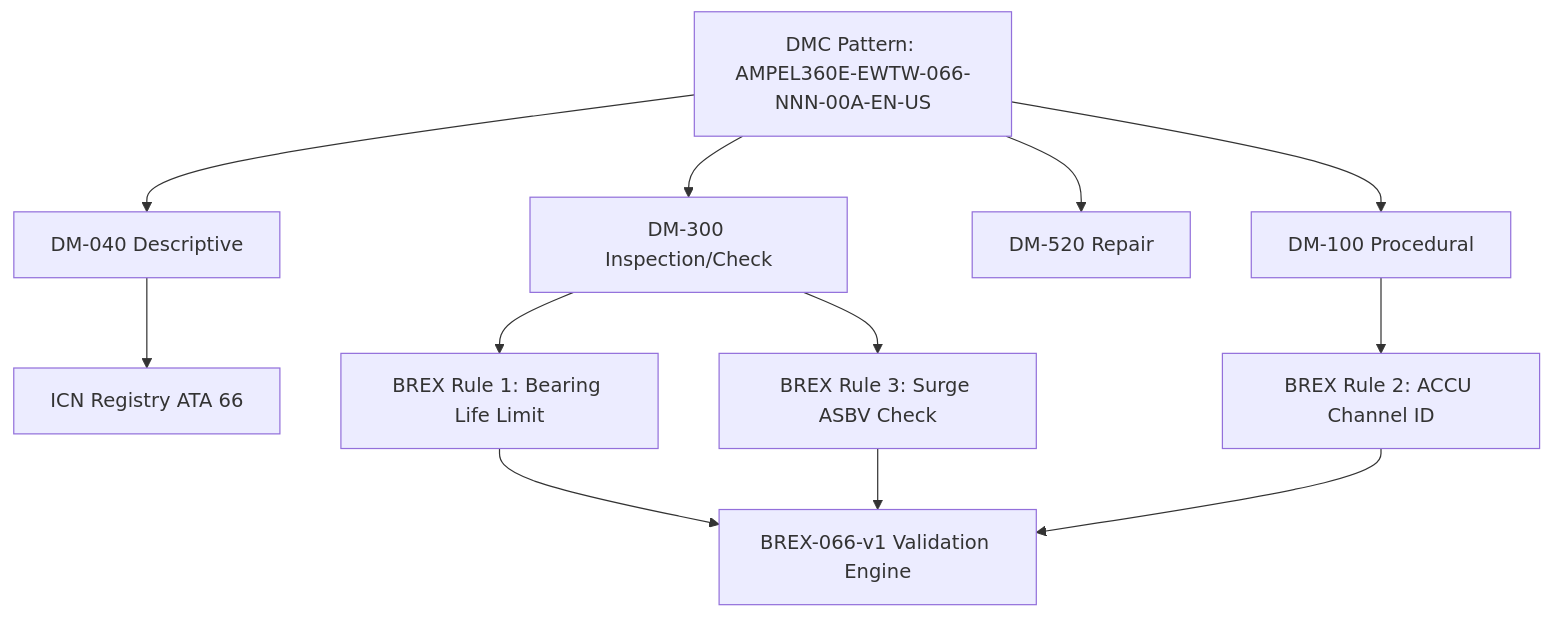
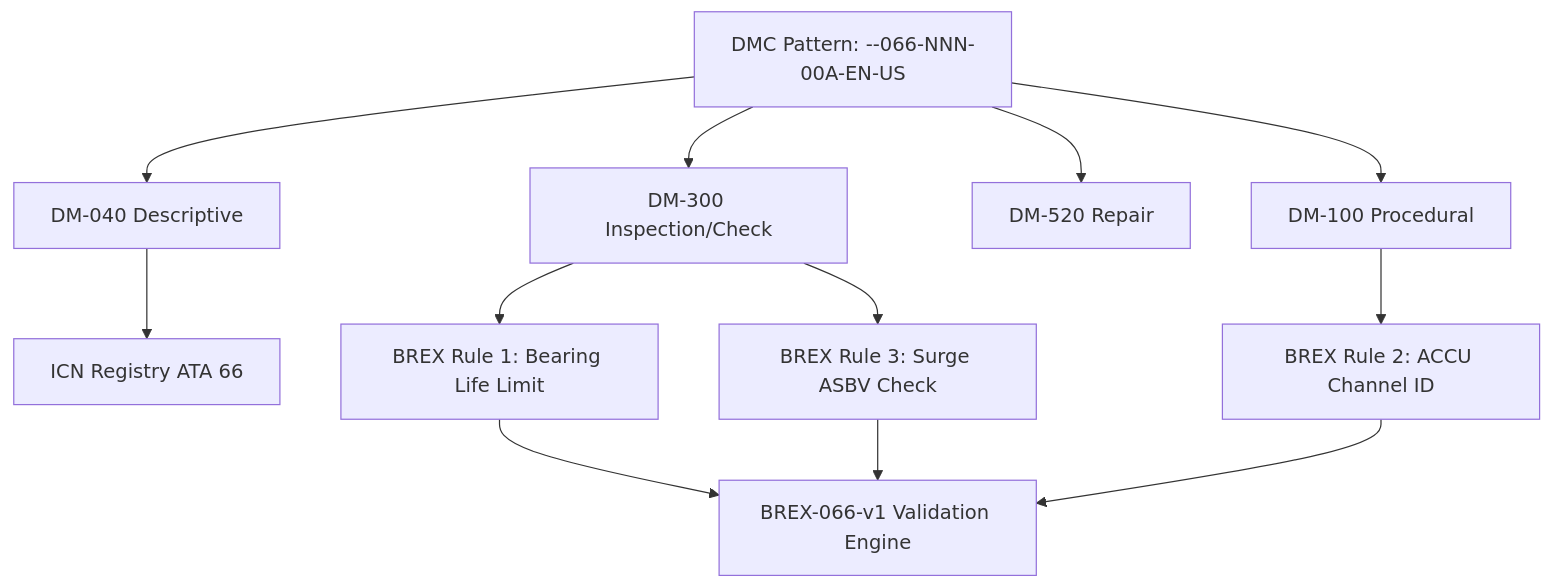
Before and after one commit to AmedeoPelliccia/Qplus-For-All-Queer-People-and-Quantum: the second of 2 diagrams in Q+ATLANTIDE/000-099_ATLAS/060-069_Propulsion-Tradicional/066_Air-Compressor/066-090-S1000D-CSDB-Mapping-and-Traceability.md, drawn with Mermaid. The commit also changed other lines of this file and 51 other files, not shown here.

First line of the commit message:
Generalize all 52 ATLAS S1000D-CSDB mapping files: remove AMPEL360E/eWTW/Programmes_example references, add scope: agnostic-standard, use generic DMC placeholders

````diff
--- a/Q+ATLANTIDE/000-099_ATLAS/060-069_Propulsion-Tradicional/066_Air-Compressor/066-090-S1000D-CSDB-Mapping-and-Traceability.md
+++ b/Q+ATLANTIDE/000-099_ATLAS/060-069_Propulsion-Tradicional/066_Air-Compressor/066-090-S1000D-CSDB-Mapping-and-Traceability.md
@@ -103,12 +104,12 @@
 ```mermaid
 flowchart TB
-    DMC_PATTERN["DMC Pattern: AMPEL360E-EWTW-066-NNN-00A-EN-US"] --> DM_040[DM-040 Descriptive]
+    DMC_PATTERN["DMC Pattern: <MODEL>-<SYSTEMDIFF>-066-NNN-00A-EN-US"] --> DM_040[DM-040 Descriptive]
     DMC_PATTERN --> DM_300[DM-300 Inspection/Check]
     DMC_PATTERN --> DM_520[DM-520 Repair]
     DMC_PATTERN --> DM_100[DM-100 Procedural]
     DM_040 --> ICN_REG[ICN Registry ATA 66]
     DM_300 --> BRG_RULE[BREX Rule 1: Bearing Life Limit]
     DM_300 --> SURGE_RULE[BREX Rule 3: Surge ASBV Check]
     DM_100 --> CH_RULE[BREX Rule 2: ACCU Channel ID]
     BRG_RULE & SURGE_RULE & CH_RULE --> BREX_ENGINE[BREX-066-v1 Validation Engine]
 ```
````
